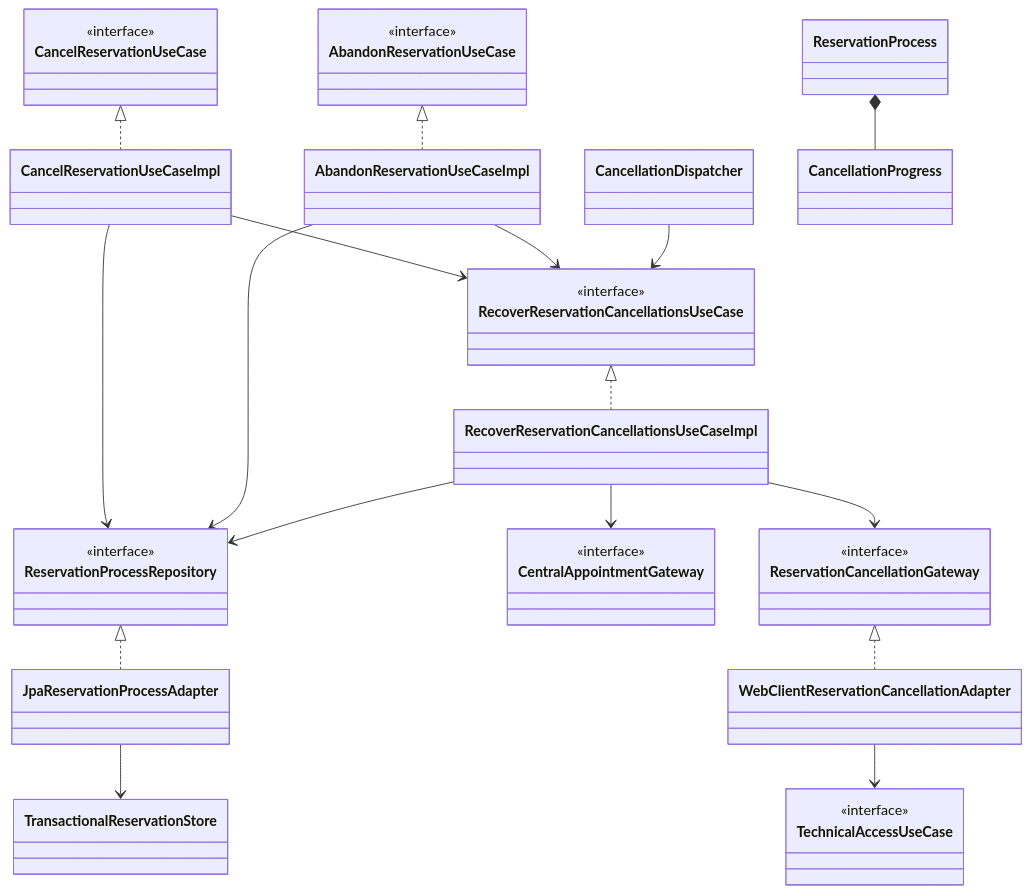
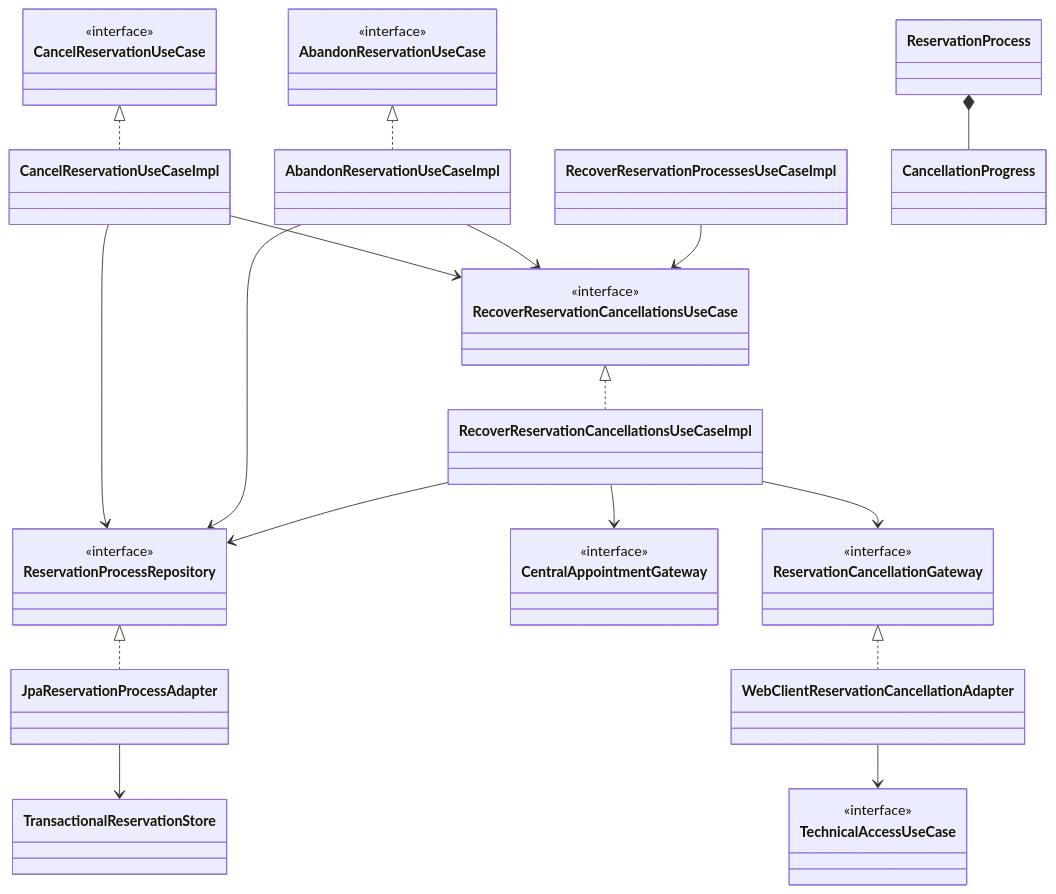
One commit to prog2-perassiferrara/backend-turnos changed the first of 2 diagrams in docs/features/cancelacion-abandono/PLAN.md. Above: the diagram before and after it, drawn with Mermaid. The commit also changed other lines of this file and 50 other files, not shown here.

Commit message:
docs: consolidate current architecture and delivery instructions

````diff
--- a/docs/features/cancelacion-abandono/PLAN.md
+++ b/docs/features/cancelacion-abandono/PLAN.md
@@ -67,40 +53,40 @@
 ```mermaid
 classDiagram
     class CancelReservationUseCase {
         <<interface>>
     }
     class AbandonReservationUseCase {
         <<interface>>
     }
     class RecoverReservationCancellationsUseCase {
         <<interface>>
     }
     class ReservationProcessRepository {
         <<interface>>
     }
     class CentralAppointmentGateway {
         <<interface>>
     }
     class ReservationCancellationGateway {
         <<interface>>
     }
     class TechnicalAccessUseCase {
         <<interface>>
     }
     CancelReservationUseCase <|.. CancelReservationUseCaseImpl
     AbandonReservationUseCase <|.. AbandonReservationUseCaseImpl
     RecoverReservationCancellationsUseCase <|.. RecoverReservationCancellationsUseCaseImpl
     CancelReservationUseCaseImpl --> ReservationProcessRepository
     AbandonReservationUseCaseImpl --> ReservationProcessRepository
     CancelReservationUseCaseImpl --> RecoverReservationCancellationsUseCase
     AbandonReservationUseCaseImpl --> RecoverReservationCancellationsUseCase
-    CancellationDispatcher --> RecoverReservationCancellationsUseCase
+    RecoverReservationProcessesUseCaseImpl --> RecoverReservationCancellationsUseCase
     RecoverReservationCancellationsUseCaseImpl --> ReservationProcessRepository
     RecoverReservationCancellationsUseCaseImpl --> CentralAppointmentGateway
     RecoverReservationCancellationsUseCaseImpl --> ReservationCancellationGateway
     ReservationProcessRepository <|.. JpaReservationProcessAdapter
     JpaReservationProcessAdapter --> TransactionalReservationStore
     ReservationCancellationGateway <|.. WebClientReservationCancellationAdapter
     WebClientReservationCancellationAdapter --> TechnicalAccessUseCase
     ReservationProcess *-- CancellationProgress
 ```
````
